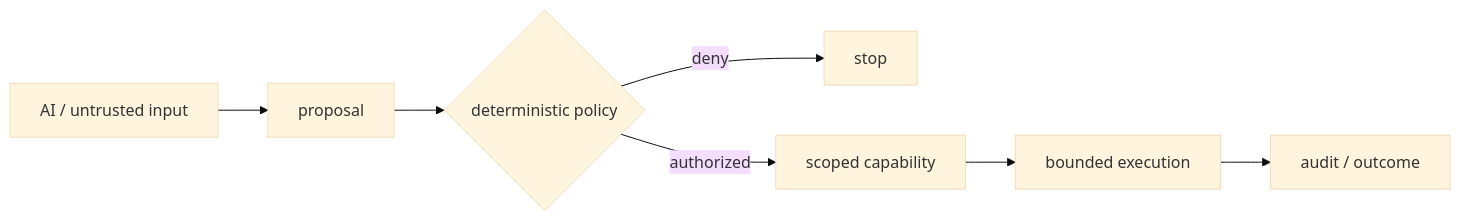
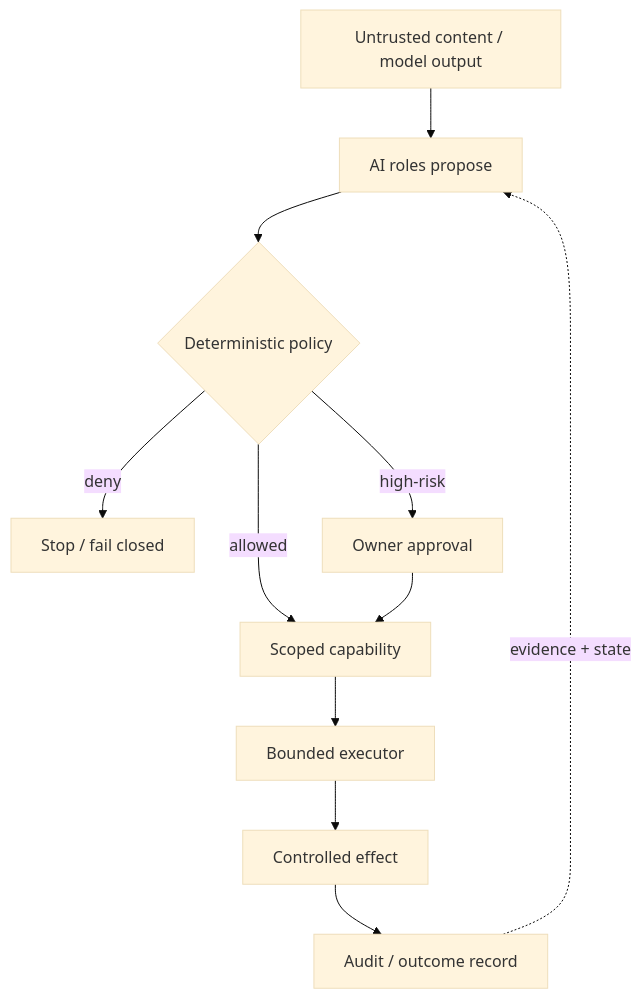
Before and after one commit to IcantFind-a-username/IcantFind-a-username: the diagram in README.md, drawn with Mermaid (base theme). The commit also changed other lines of this file, not shown here.

````diff
--- a/README.md
+++ b/README.md
@@ -36,9 +58,13 @@
 ```mermaid
-flowchart LR
-    A["AI / untrusted input"] --> B["proposal"]
-    B --> C{"deterministic policy"}
-    C -->|deny| D["stop"]
-    C -->|authorized| E["scoped capability"]
-    E --> F["bounded execution"]
-    F --> G["audit / outcome"]
+flowchart TD
+    U["Untrusted content / model output"] --> M["AI roles propose"]
+    M --> P{"Deterministic policy"}
+    P -->|deny| X["Stop / fail closed"]
+    P -->|high-risk| H["Owner approval"]
+    P -->|allowed| C["Scoped capability"]
+    H --> C
+    C --> S["Bounded executor"]
+    S --> E["Controlled effect"]
+    E --> L["Audit / outcome record"]
+    L -. "evidence + state" .-> M
 ```
````
